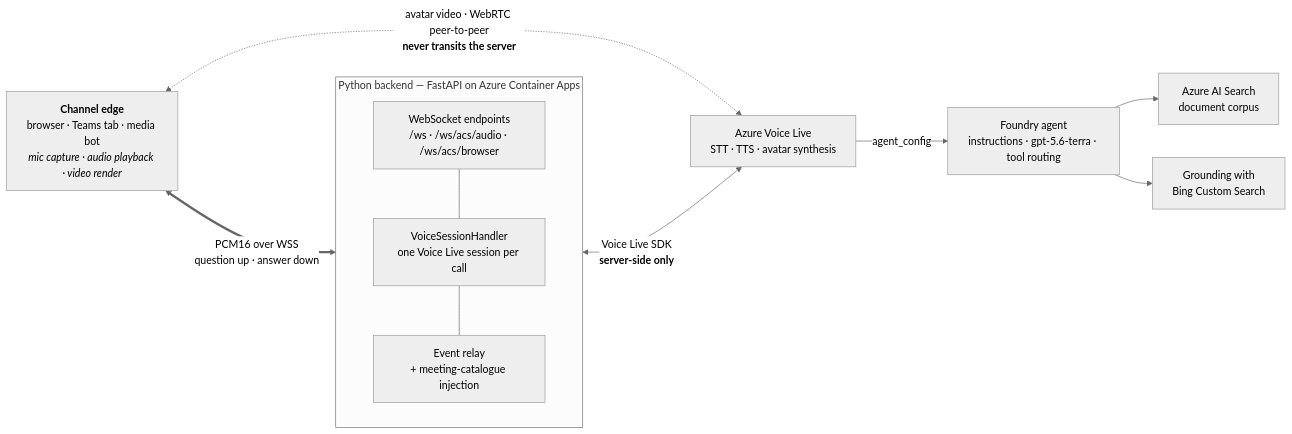
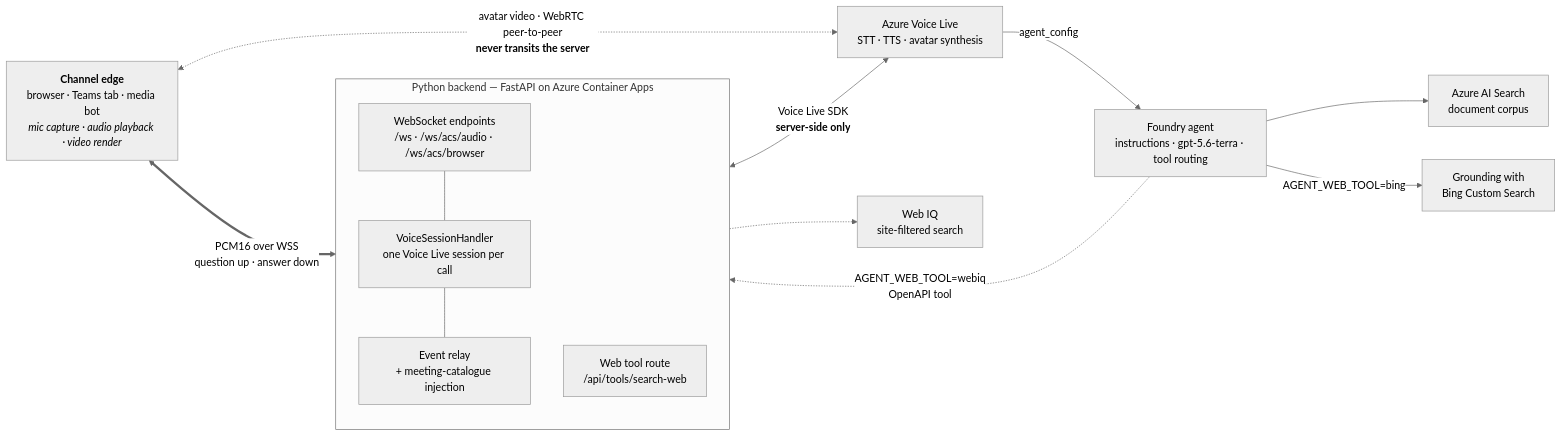
The diagram in docs/architecture.md (SridharArrabelly/avatar-forge), drawn with Mermaid (neutral theme) before and after one commit. The commit also changed other lines of this file and 33 other files, not shown here.

First line of the commit message:
Add Web IQ as a selectable agent web tool (AGENT_WEB_TOOL=webiq)

````diff
--- a/docs/architecture.md
+++ b/docs/architecture.md
@@ -22,25 +22,29 @@
 ```mermaid
 flowchart LR
     EDGE["<b>Channel edge</b><br/>browser · Teams tab · media bot<br/><i>mic capture · audio playback · video render</i>"]
 
     subgraph Server["Python backend — FastAPI on Azure Container Apps"]
         direction TB
         WS["WebSocket endpoints<br/>/ws · /ws/acs/audio · /ws/acs/browser"]
         H["VoiceSessionHandler<br/>one Voice Live session per call"]
         EV["Event relay<br/>+ meeting-catalogue injection"]
+        WT["Web tool route<br/>/api/tools/search-web"]
         WS --- H
         H --- EV
     end
 
     VLS["Azure Voice Live<br/>STT · TTS · avatar synthesis"]
     AGENT["Foundry agent<br/>instructions · gpt-5.6-terra · tool routing"]
     SEARCH["Azure AI Search<br/>document corpus"]
     NEWS["Grounding with<br/>Bing Custom Search"]
+    WEBIQ["Web IQ<br/>site-filtered search"]
 
     EDGE <== "PCM16 over WSS<br/>question up · answer down" ==> WS
     EDGE <-. "avatar video · WebRTC peer-to-peer<br/><b>never transits the server</b>" .-> VLS
     H <-- "Voice Live SDK<br/><b>server-side only</b>" --> VLS
     VLS -- "agent_config" --> AGENT
     AGENT --> SEARCH
-    AGENT --> NEWS
+    AGENT -->|"AGENT_WEB_TOOL=bing"| NEWS
+    AGENT -.->|"AGENT_WEB_TOOL=webiq<br/>OpenAPI tool"| WT
+    WT -.-> WEBIQ
 ```
````
